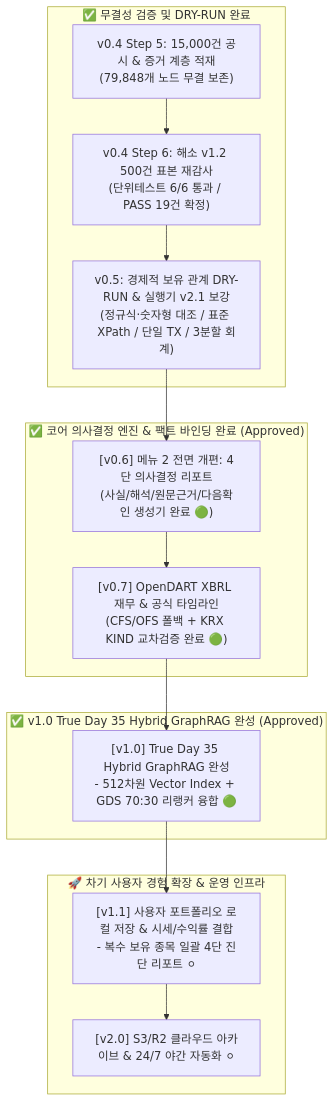
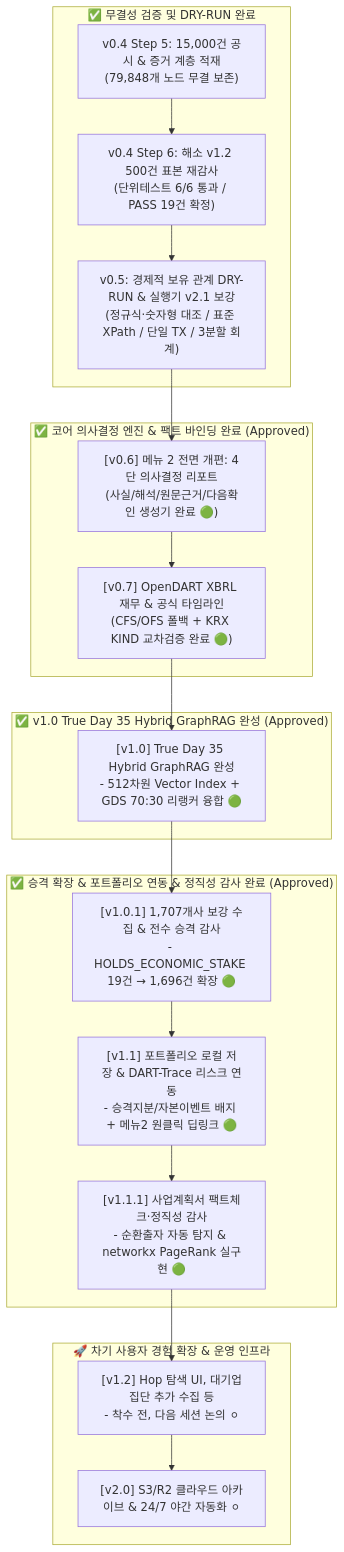
One commit to mycar4/enkoa-practice-knowledge-graph changed the diagram in 내작업폴더/schedule.md. Above: the diagram before and after it, drawn with Mermaid. The commit also changed other lines of this file and 10 other files, not shown here.

````diff
--- a/내작업폴더/schedule.md
+++ b/내작업폴더/schedule.md
@@ -70,26 +74,33 @@
 ```mermaid
 flowchart TD
     subgraph Phase_v04_v05 ["✅ 무결성 검증 및 DRY-RUN 완료"]
         S5["v0.4 Step 5: 15,000건 공시 & 증거 계층 적재\n(79,848개 노드 무결 보존)"]
         S6["v0.4 Step 6: 해소 v1.2 500건 표본 재감사\n(단위테스트 6/6 통과 / PASS 19건 확정)"]
         V05["v0.5: 경제적 보유 관계 DRY-RUN & 실행기 v2.1 보강\n(정규식·숫자형 대조 / 표준 XPath / 단일 TX / 3분할 회계)"]
         S5 --> S6 --> V05
     end
 
     subgraph Phase_v06_v07 ["✅ 코어 의사결정 엔진 & 팩트 바인딩 완료 (Approved)"]
         V06["[v0.6] 메뉴 2 전면 개편: 4단 의사결정 리포트\n(사실/해석/원문근거/다음확인 생성기 완료 🟢)"]
         V07["[v0.7] OpenDART XBRL 재무 & 공식 타임라인\n(CFS/OFS 폴백 + KRX KIND 교차검증 완료 🟢)"]
         V05 --> V06 --> V07
     end
 
     subgraph Phase_v10 ["✅ v1.0 True Day 35 Hybrid GraphRAG 완성 (Approved)"]
         V10["[v1.0] True Day 35 Hybrid GraphRAG 완성\n- 512차원 Vector Index + GDS 70:30 리랭커 융합 🟢"]
         V07 --> V10
     end
 
-    subgraph Phase_v11_v20 ["🚀 차기 사용자 경험 확장 & 운영 인프라"]
-        V11["[v1.1] 사용자 포트폴리오 로컬 저장 & 시세/수익률 결합\n- 복수 보유 종목 일괄 4단 진단 리포트 ⚪"]
+    subgraph Phase_v101_v111 ["✅ 승격 확장 & 포트폴리오 연동 & 정직성 감사 완료 (Approved)"]
+        V101["[v1.0.1] 1,707개사 보강 수집 & 전수 승격 감사\n- HOLDS_ECONOMIC_STAKE 19건 → 1,696건 확장 🟢"]
+        V11["[v1.1] 포트폴리오 로컬 저장 & DART-Trace 리스크 연동\n- 승격지분/자본이벤트 배지 + 메뉴2 원클릭 딥링크 🟢"]
+        V111["[v1.1.1] 사업계획서 팩트체크·정직성 감사\n- 순환출자 자동 탐지 & networkx PageRank 실구현 🟢"]
+        V10 --> V101 --> V11 --> V111
+    end
+
+    subgraph Phase_v12_v20 ["🚀 차기 사용자 경험 확장 & 운영 인프라"]
+        V12["[v1.2] Hop 탐색 UI, 대기업집단 추가 수집 등\n- 착수 전, 다음 세션 논의 ⚪"]
         V20["[v2.0] S3/R2 클라우드 아카이브 & 24/7 야간 자동화 ⚪"]
-        V10 --> V11 --> V20
+        V111 --> V12 --> V20
     end
 ```
````
